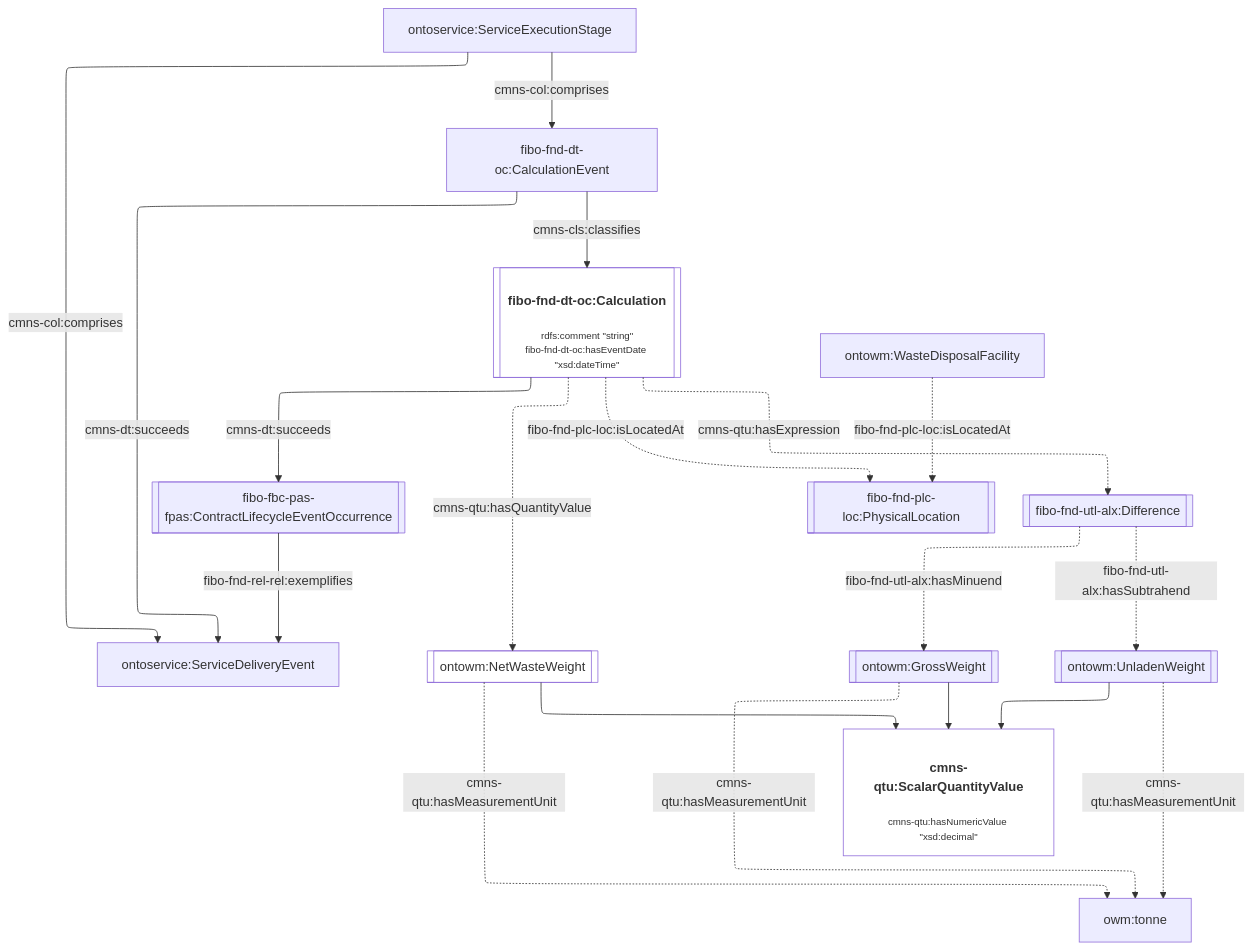
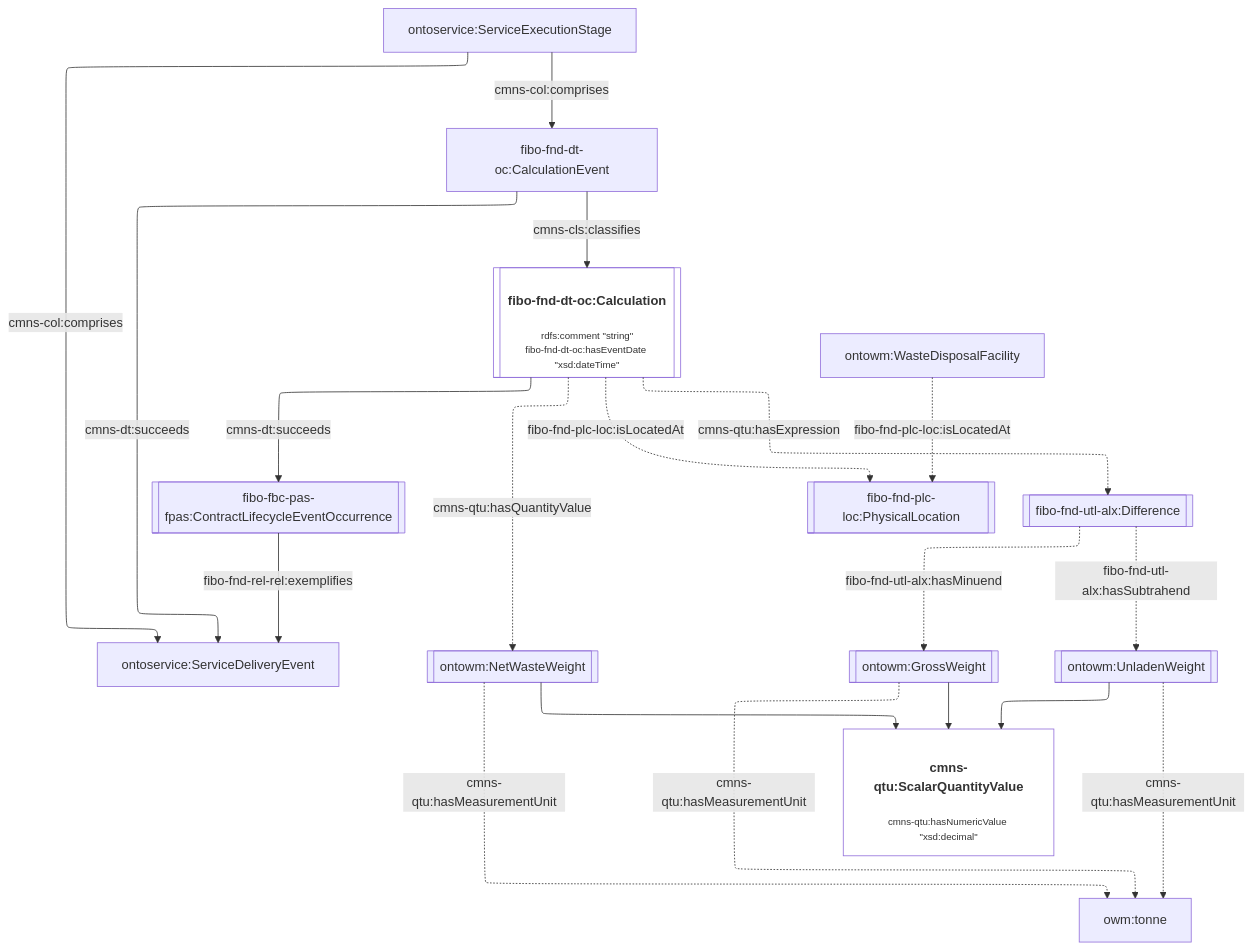
Before and after one commit to cambridge-cares/TheWorldAvatar: the ninth of 14 diagrams in JPS_Ontology/ontology/ontowastemanagement/README.md, drawn with Mermaid. The commit also changed other lines of this file and 6 other files, not shown here.

````diff
--- a/JPS_Ontology/ontology/ontowastemanagement/README.md
+++ b/JPS_Ontology/ontology/ontowastemanagement/README.md
@@ -302,33 +343,33 @@
 ```mermaid
 %%{init: {"flowchart": {"defaultRenderer": "elk"}} }%%
 flowchart TD
     %% Styling
     classDef literal fill:none
     classDef node overflow-wrap:break-word,text-wrap:pretty
     linkStyle default overflow-wrap:break-word,text-wrap:pretty;
 
     %% Contents
     CalculationEvent[fibo-fnd-dt-oc:CalculationEvent] -- cmns-dt:succeeds --> ServiceDeliveryEvent[ontoservice:ServiceDeliveryEvent]
     Calculation[["<h4>fibo-fnd-dt-oc:Calculation</h4><p style='font-size:0.75rem;'>rdfs:comment &quot;string&quot;<br>fibo-fnd-dt-oc:hasEventDate &quot;xsd:dateTime&quot;</p>"]]:::literal -- cmns-dt:succeeds --> EventOccurrence[[fibo-fbc-pas-fpas:ContractLifecycleEventOccurrence]]
     ServiceExecutionStage[ontoservice:ServiceExecutionStage] -- cmns-col:comprises --> ServiceDeliveryEvent
     ServiceExecutionStage -- cmns-col:comprises --> CalculationEvent
     EventOccurrence -- fibo-fnd-rel-rel:exemplifies --> ServiceDeliveryEvent
     CalculationEvent -- cmns-cls:classifies --> Calculation
 
     ontowm:WasteDisposalFacility -. fibo-fnd-plc-loc:isLocatedAt .-> Location[[fibo-fnd-plc-loc:PhysicalLocation]]
     Calculation -. fibo-fnd-plc-loc:isLocatedAt .-> Location
 
-    Calculation -. cmns-qtu:hasQuantityValue .-> NetWasteWeight[[ontowm:NetWasteWeight]]:::literal
+    Calculation -. cmns-qtu:hasQuantityValue .-> NetWasteWeight[[ontowm:NetWasteWeight]]
 
     Calculation -. cmns-qtu:hasExpression .-> Expression[[fibo-fnd-utl-alx:Difference]]
     Expression -. fibo-fnd-utl-alx:hasMinuend .-> GrossWeight[[ontowm:GrossWeight]]
     Expression -. fibo-fnd-utl-alx:hasSubtrahend .-> UnladenWeight[[ontowm:UnladenWeight]]
 
     NetWasteWeight --> ScalarQuantityValue["<h4>cmns-qtu:ScalarQuantityValue</h4><p style='font-size:0.75rem;'>cmns-qtu:hasNumericValue &quot;xsd:decimal&quot;</p>"]:::literal
     GrossWeight --> ScalarQuantityValue["<h4>cmns-qtu:ScalarQuantityValue</h4><p style='font-size:0.75rem;'>cmns-qtu:hasNumericValue &quot;xsd:decimal&quot;</p>"]:::literal
     UnladenWeight --> ScalarQuantityValue["<h4>cmns-qtu:ScalarQuantityValue</h4><p style='font-size:0.75rem;'>cmns-qtu:hasNumericValue &quot;xsd:decimal&quot;</p>"]:::literal
 
     NetWasteWeight -. cmns-qtu:hasMeasurementUnit .-> tonne[owm:tonne]
     GrossWeight -. cmns-qtu:hasMeasurementUnit .-> tonne
     UnladenWeight -. cmns-qtu:hasMeasurementUnit .-> tonne
 ```
````
